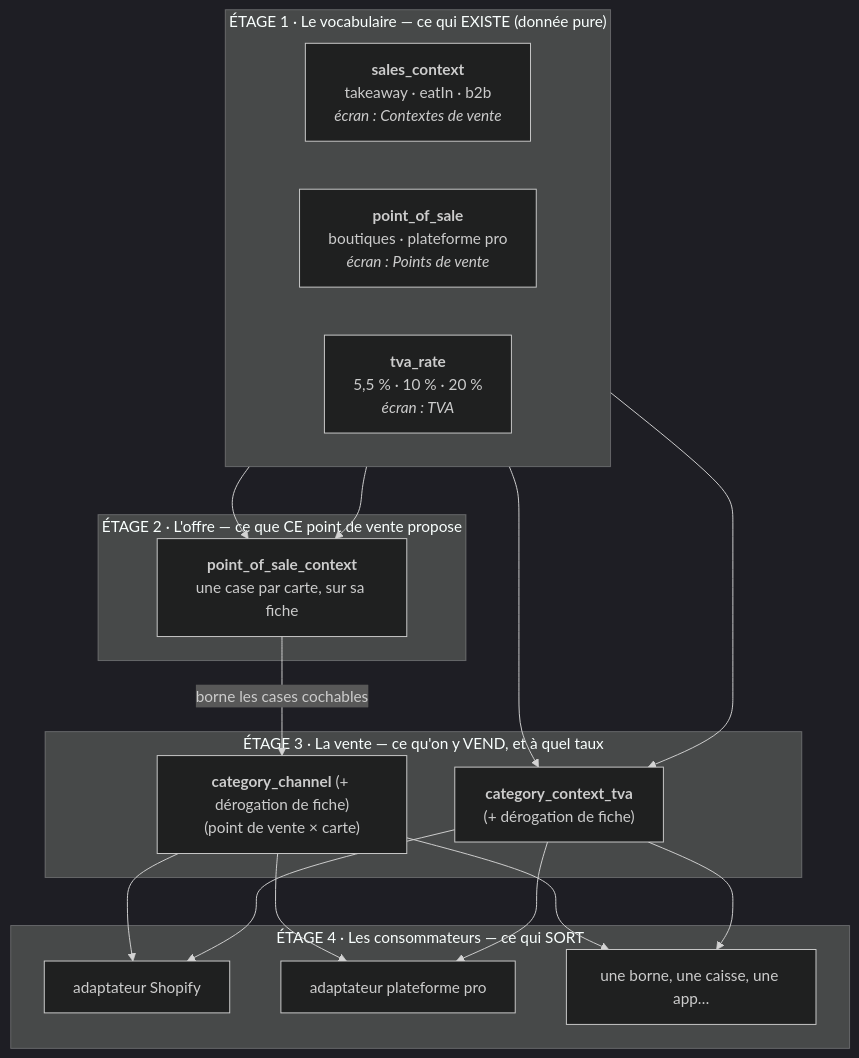
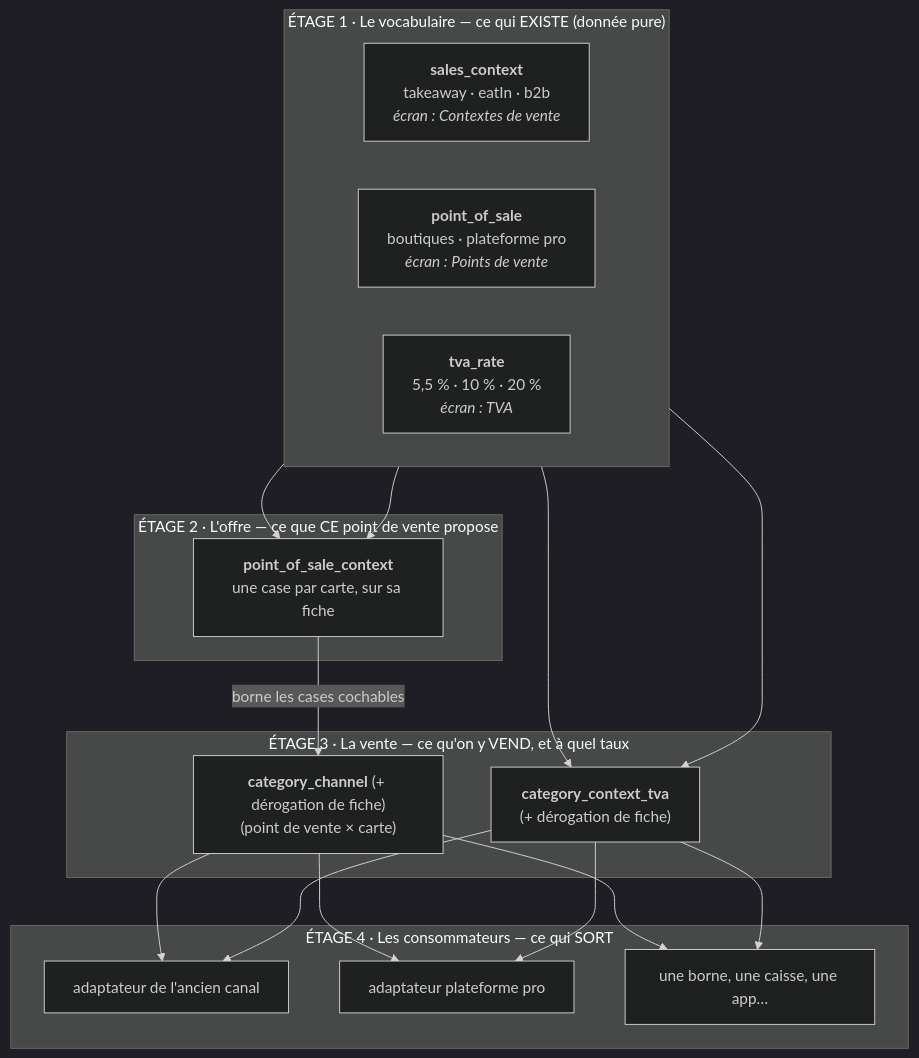
The third of 3 diagrams in documentation/pim/contextes-et-points-de-vente.md (hugoheynard/lfd), drawn with Mermaid (dark theme) before and after one commit. The commit also changed other lines of this file and 39 other files, not shown here.

````diff
--- a/documentation/pim/contextes-et-points-de-vente.md
+++ b/documentation/pim/contextes-et-points-de-vente.md
@@ -390,36 +390,36 @@
 ```mermaid
 flowchart TB
     subgraph E1["ÉTAGE 1 · Le vocabulaire — ce qui EXISTE (donnée pure)"]
         direction LR
         CTX["<b>sales_context</b><br/>takeaway · eatIn · b2b<br/><i>écran : Contextes de vente</i>"]
         POS["<b>point_of_sale</b><br/>boutiques · plateforme pro<br/><i>écran : Points de vente</i>"]
         VAT["<b>tva_rate</b><br/>5,5 % · 10 % · 20 %<br/><i>écran : TVA</i>"]
     end
 
     subgraph E2["ÉTAGE 2 · L'offre — ce que CE point de vente propose"]
         OFFER["<b>point_of_sale_context</b><br/>une case par carte, sur sa fiche"]
     end
 
     subgraph E3["ÉTAGE 3 · La vente — ce qu'on y VEND, et à quel taux"]
         MATRIX["<b>category_channel</b> (+ dérogation de fiche)<br/>(point de vente × carte)"]
         RATE["<b>category_context_tva</b><br/>(+ dérogation de fiche)"]
     end
 
     subgraph E4["ÉTAGE 4 · Les consommateurs — ce qui SORT"]
-        SHOP["adaptateur Shopify"]
+        SHOP["adaptateur de l'ancien canal"]
         B2B["adaptateur plateforme pro"]
         NEW["une borne, une caisse, une app…"]
     end
 
     CTX --> OFFER
     POS --> OFFER
     OFFER -- "borne les cases cochables" --> MATRIX
     CTX --> RATE
     VAT --> RATE
     MATRIX --> SHOP
     MATRIX --> B2B
     MATRIX --> NEW
     RATE --> SHOP
     RATE --> B2B
     RATE --> NEW
 ```
````
